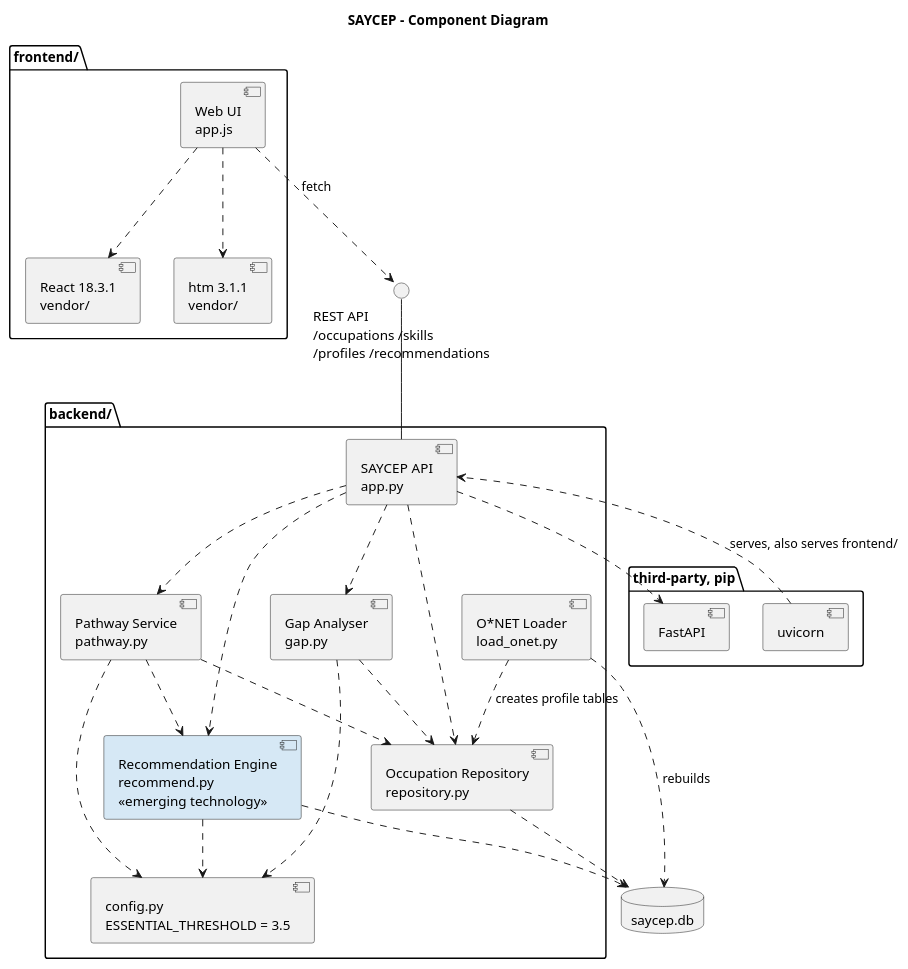
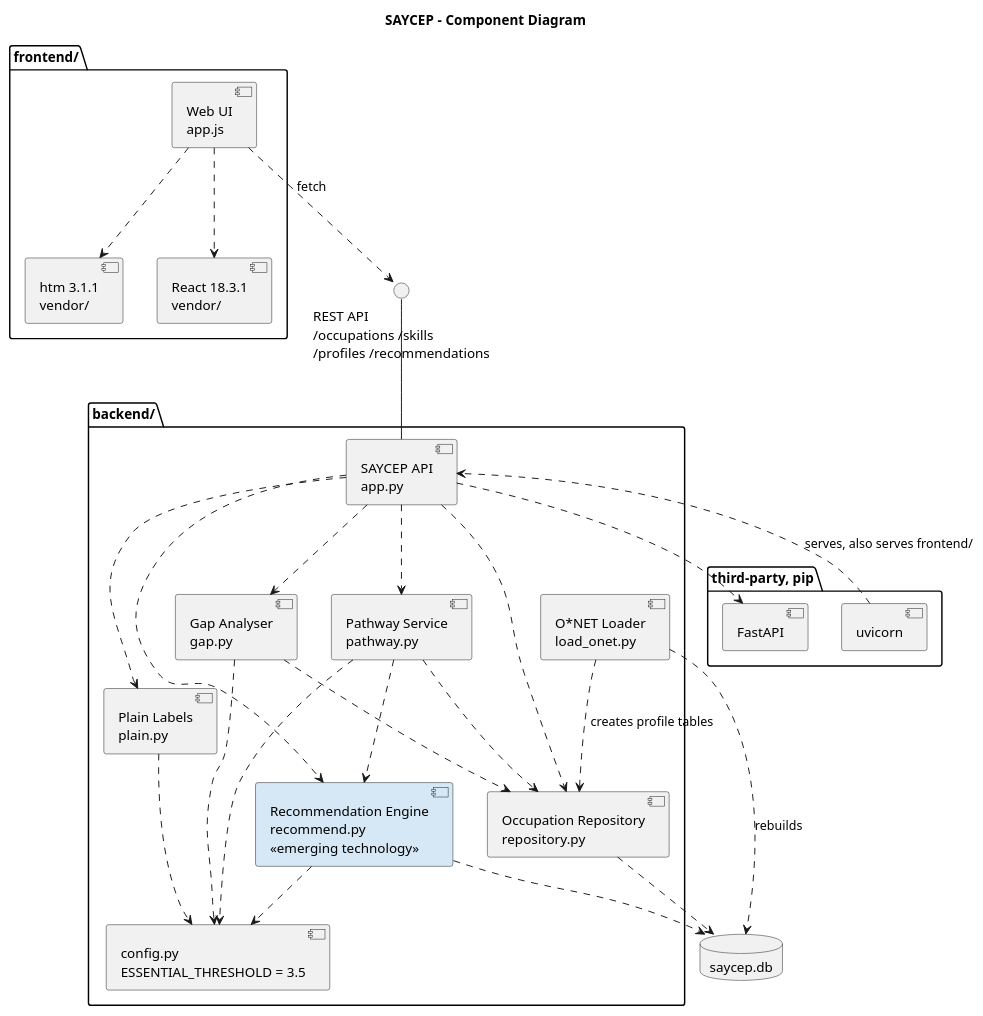
One commit to ShogunLSG/SAYCEP changed the diagram in docs/uml/a3/06-component.puml. Above: the diagram before and after it, drawn with PlantUML. The commit also changed 26 other files, not shown here.

First line of the commit message:
Redraw the Assignment 3 diagrams for the built system

```diff
--- a/docs/uml/a3/06-component.puml
+++ b/docs/uml/a3/06-component.puml
@@ -1,51 +1,55 @@
 @startuml SAYCEP_A3_Component
 ' Assignment 3 Q3.6 - component diagram: software dependencies.
+' Version 1.1 (30 September): plain.py added.
 title SAYCEP - Component Diagram
 skinparam shadowing false
 
 package "frontend/" {
   component "Web UI\napp.js" as UI
   component "React 18.3.1\nvendor/" as React
   component "htm 3.1.1\nvendor/" as Htm
 }
 
 package "backend/" {
   component "SAYCEP API\napp.py" as API
   component "Gap Analyser\ngap.py" as GA
   component "Pathway Service\npathway.py" as PS
   component "Recommendation Engine\nrecommend.py\n<<emerging technology>>" as RE #D6E8F5
   component "Occupation Repository\nrepository.py" as Repo
+  component "Plain Labels\nplain.py" as PL
   component "config.py\nESSENTIAL_THRESHOLD = 3.5" as Cfg
   component "O*NET Loader\nload_onet.py" as Loader
 }
 
 package "third-party, pip" {
   component "FastAPI" as FA
   component "uvicorn" as UV
 }
 
 database "saycep.db" as DB
 
 interface "REST API\n/occupations /skills\n/profiles /recommendations" as REST
 
 API -up- REST
 UI ..> REST : fetch
 UI ..> React
 UI ..> Htm
 UV ..> API : serves, also serves frontend/
 API ..> FA
 API ..> GA
 API ..> PS
 API ..> RE
 API ..> Repo
+API ..> PL
+PL ..> Cfg
 PS ..> RE
 PS ..> Repo
 GA ..> Repo
 GA ..> Cfg
 RE ..> Cfg
 PS ..> Cfg
 Repo ..> DB
 RE ..> DB
 Loader ..> Repo : creates profile tables
 Loader ..> DB : rebuilds
 @enduml
```
